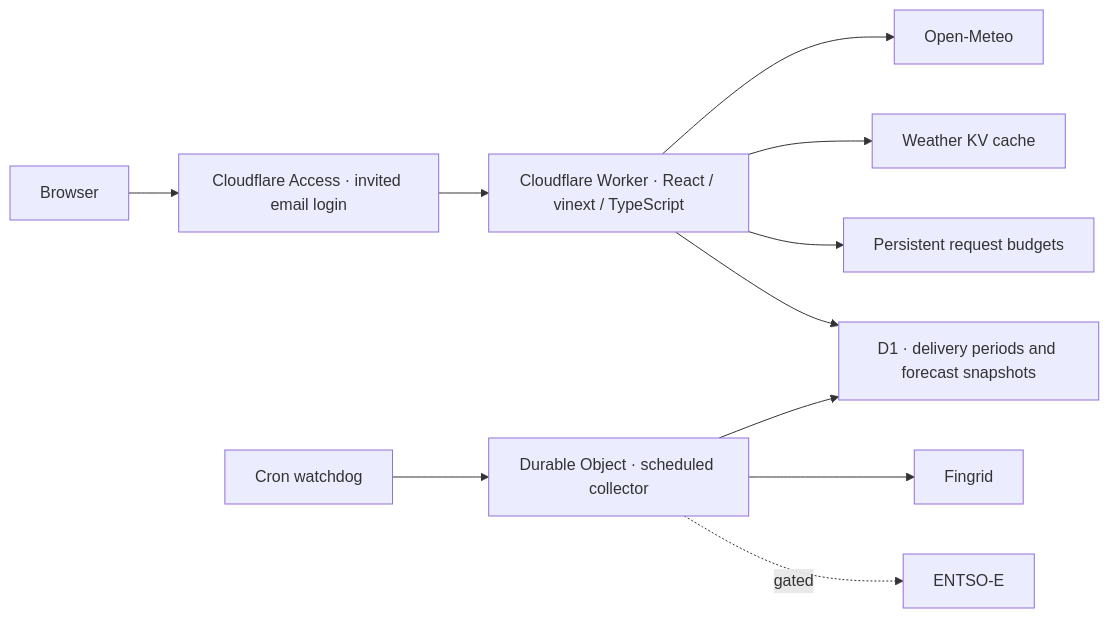
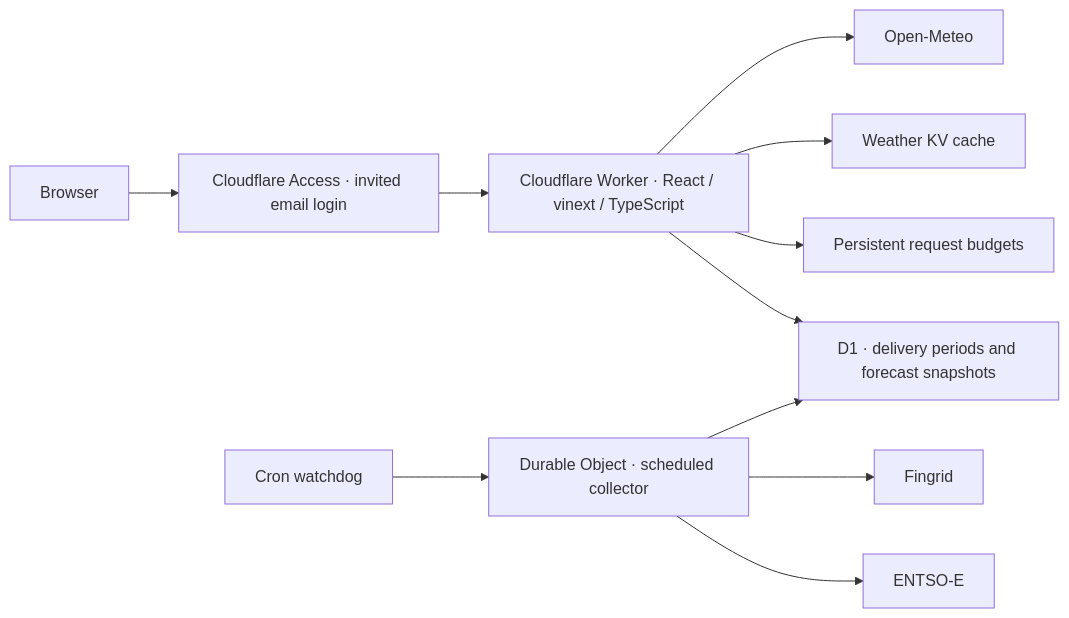
One commit to harshithbhaskar69/saavirta changed the diagram in README.md. Above: the diagram before and after it, drawn with Mermaid. The commit also changed other lines of this file and 7 other files, not shown here.

````diff
--- a/README.md
+++ b/README.md
@@ -18,13 +18,13 @@
 ```mermaid
 flowchart LR
   Browser --> Access[Cloudflare Access · invited email login]
   Access --> Worker[Cloudflare Worker · React / vinext / TypeScript]
   Worker --> Weather[Open-Meteo]
   Worker --> KV[Weather KV cache]
   Worker --> Budget[Persistent request budgets]
   Worker --> D1[D1 · delivery periods and forecast snapshots]
   Cron[Cron watchdog] --> Collector[Durable Object · scheduled collector]
   Collector --> D1
   Collector --> Fingrid
-  Collector -. gated .-> ENTSOE[ENTSO-E]
+  Collector --> ENTSOE[ENTSO-E]
 ```
````
